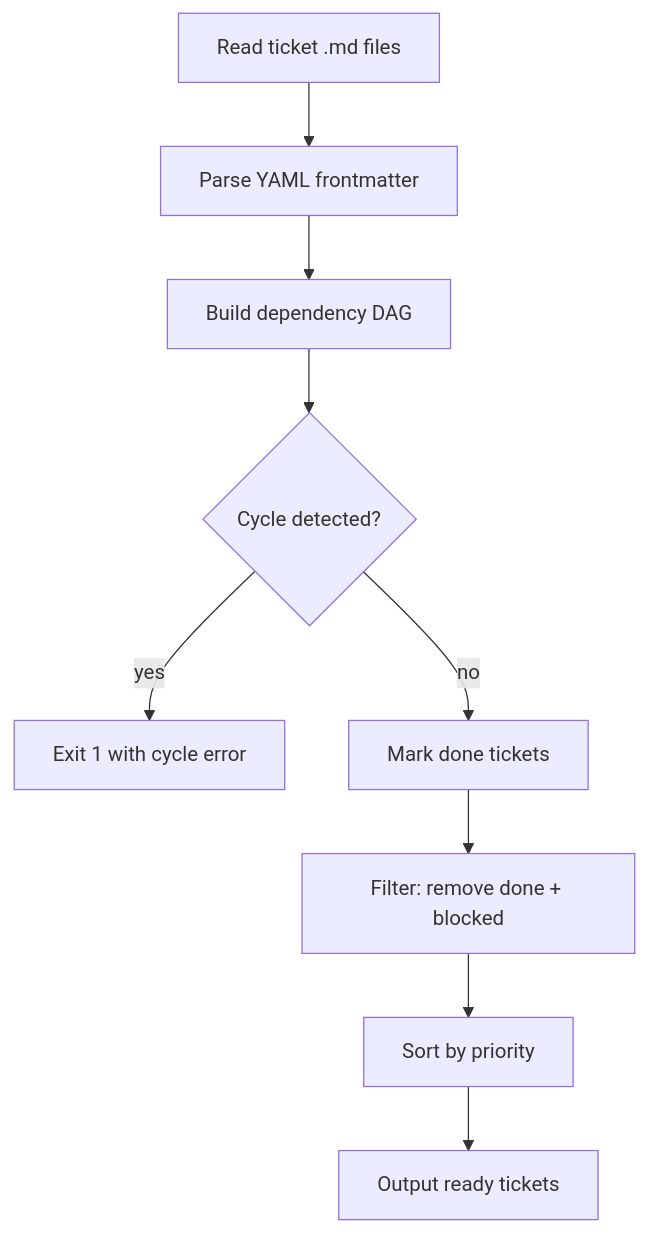
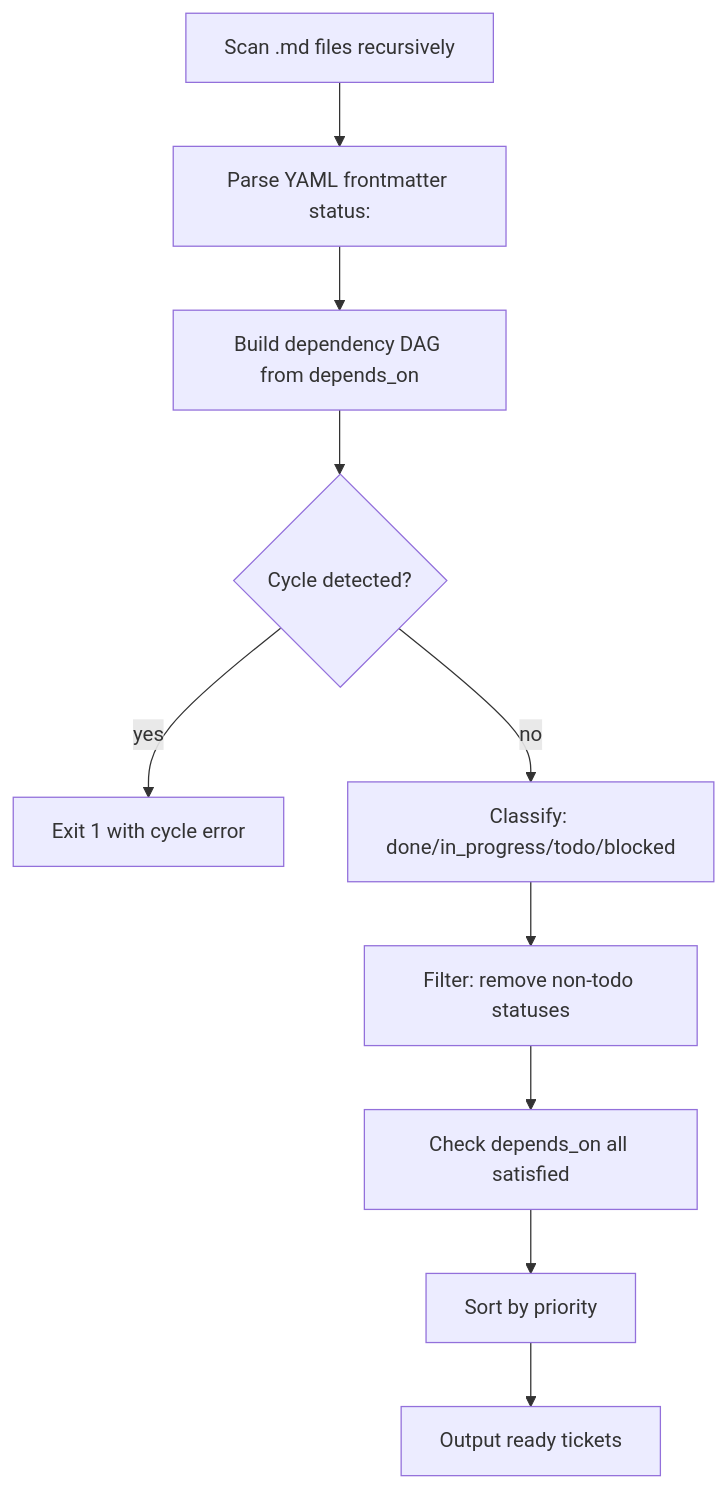
One commit to urlmonitor/leafcutter-ai changed the diagram in templates/skills/ticket-prioritizer/SKILL.md. Above: the diagram before and after it, drawn with Mermaid. The commit also changed other lines of this file and 11 other files, not shown here.

````diff
--- a/templates/skills/ticket-prioritizer/SKILL.md
+++ b/templates/skills/ticket-prioritizer/SKILL.md
@@ -78,11 +89,12 @@
 ```mermaid
 graph TD
-    A[Read ticket .md files] --> B[Parse YAML frontmatter]
-    B --> C[Build dependency DAG]
+    A[Scan .md files recursively] --> B[Parse YAML frontmatter status:]
+    B --> C[Build dependency DAG from depends_on]
     C --> D{Cycle detected?}
     D -- yes --> E[Exit 1 with cycle error]
-    D -- no --> F[Mark done tickets]
-    F --> G[Filter: remove done + blocked]
-    G --> H[Sort by priority]
-    H --> I[Output ready tickets]
+    D -- no --> F[Classify: done/in_progress/todo/blocked]
+    F --> G[Filter: remove non-todo statuses]
+    G --> H[Check depends_on all satisfied]
+    H --> I[Sort by priority]
+    I --> J[Output ready tickets]
 ```
````
